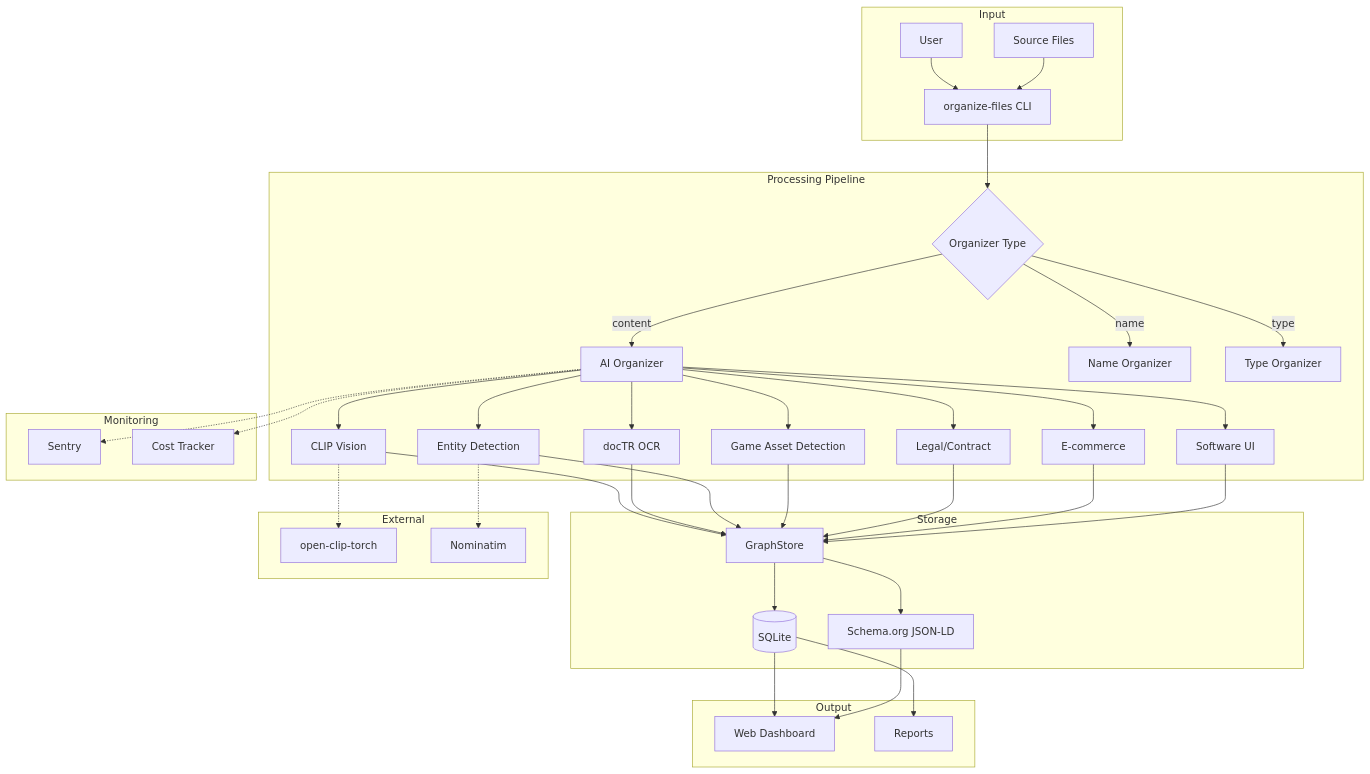
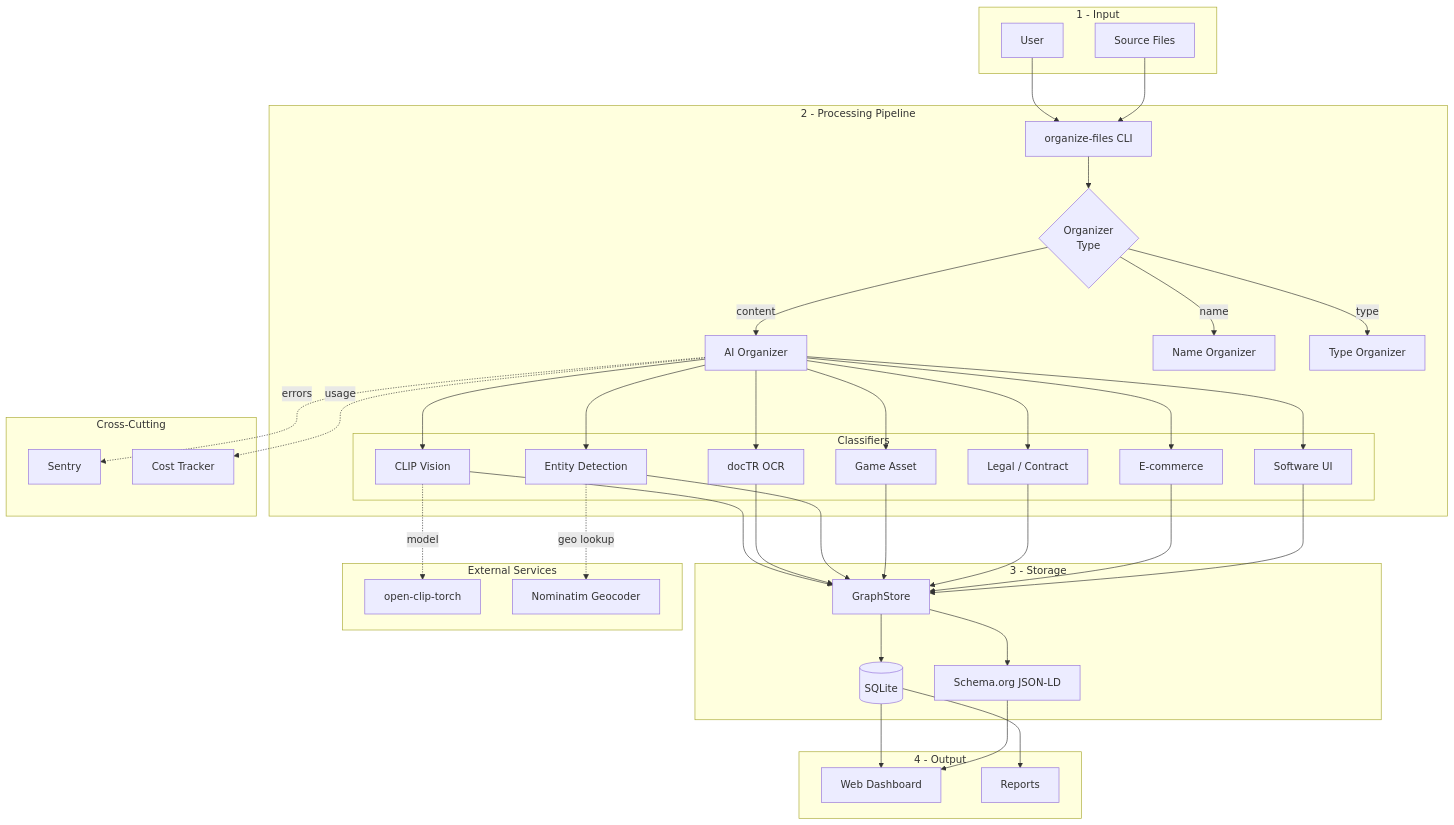
The second of 4 diagrams in README.md (aledlie/schema-org-file-system), drawn with Mermaid before and after one commit. The commit also changed other lines of this file and 1 other file, not shown here.

Commit message:
docs: update README flowchart and add GAME_SPRITE_KEYWORDS backlog item
- Expand Mermaid flowchart with labeled edges and clearer node names
- Add P1 backlog entry for GAME_SPRITE_KEYWORDS expansion (629 remaining
  game_assets→media misclassifications; potential accuracy gain to 84%+)

````diff
--- a/README.md
+++ b/README.md
@@ -184,44 +191,80 @@
 ```mermaid
 flowchart TB
-    subgraph Input
-        U[User] --> CLI[organize-files CLI]
-        F[Source Files] --> CLI
+    subgraph Input["1 - Input"]
+        U[User]
+        F[Source Files]
     end
 
-    subgraph Processing["Processing Pipeline"]
-        CLI --> CO{Organizer Type}
-        CO -->|content| AI[AI Organizer]
-        CO -->|name| NM[Name Organizer]
-        CO -->|type| TY[Type Organizer]
+    subgraph Processing["2 - Processing Pipeline"]
+        CLI[organize-files CLI]
+        CO{Organizer<br/>Type}
+        AI[AI Organizer]
+        NM[Name Organizer]
+        TY[Type Organizer]
 
-        AI --> CLIP[CLIP Vision]
-        AI --> OCR[docTR OCR]
-        AI --> ED[Entity Detection]
-        AI --> GAD[Game Asset Detection]
-        AI --> LCD[Legal/Contract]
-        AI --> ECD[E-commerce]
-        AI --> SUI[Software UI]
+        subgraph Classifiers["Classifiers"]
+            CLIP[CLIP Vision]
+            OCR[docTR OCR]
+            ED[Entity Detection]
+            GAD[Game Asset]
+            LCD[Legal / Contract]
+            ECD[E-commerce]
+            SUI[Software UI]
+        end
     end
 
-    subgraph Storage
-        CLIP & OCR & ED & GAD & LCD & ECD & SUI --> GS[GraphStore]
-        GS --> DB[(SQLite)]
-        GS --> JSON[Schema.org JSON-LD]
+    subgraph Storage["3 - Storage"]
+        GS[GraphStore]
+        DB[(SQLite)]
+        JSON[Schema.org JSON-LD]
     end
 
-    subgraph Output
-        DB --> DASH[Web Dashboard]
-        JSON --> DASH
-        DB --> RPT[Reports]
+    subgraph Output["4 - Output"]
+        DASH[Web Dashboard]
+        RPT[Reports]
     end
 
-    subgraph Monitoring
-        AI -.-> SENTRY[Sentry]
-        AI -.-> COST[Cost Tracker]
+    subgraph Monitoring["Cross-Cutting"]
+        SENTRY[Sentry]
+        COST[Cost Tracker]
     end
 
-    subgraph External
-        CLIP -.-> HF[open-clip-torch]
-        ED -.-> NOM[Nominatim]
+    subgraph External["External Services"]
+        HF[open-clip-torch]
+        NOM[Nominatim Geocoder]
     end
+
+    U --> CLI
+    F --> CLI
+    CLI --> CO
+    CO -->|content| AI
+    CO -->|name| NM
+    CO -->|type| TY
+
+    AI --> CLIP
+    AI --> OCR
+    AI --> ED
+    AI --> GAD
+    AI --> LCD
+    AI --> ECD
+    AI --> SUI
+
+    CLIP --> GS
+    OCR --> GS
+    ED --> GS
+    GAD --> GS
+    LCD --> GS
+    ECD --> GS
+    SUI --> GS
+
+    GS --> DB
+    GS --> JSON
+    DB --> DASH
+    JSON --> DASH
+    DB --> RPT
+
+    AI -.->|errors| SENTRY
+    AI -.->|usage| COST
+    CLIP -.->|model| HF
+    ED -.->|geo lookup| NOM
 ```
````
